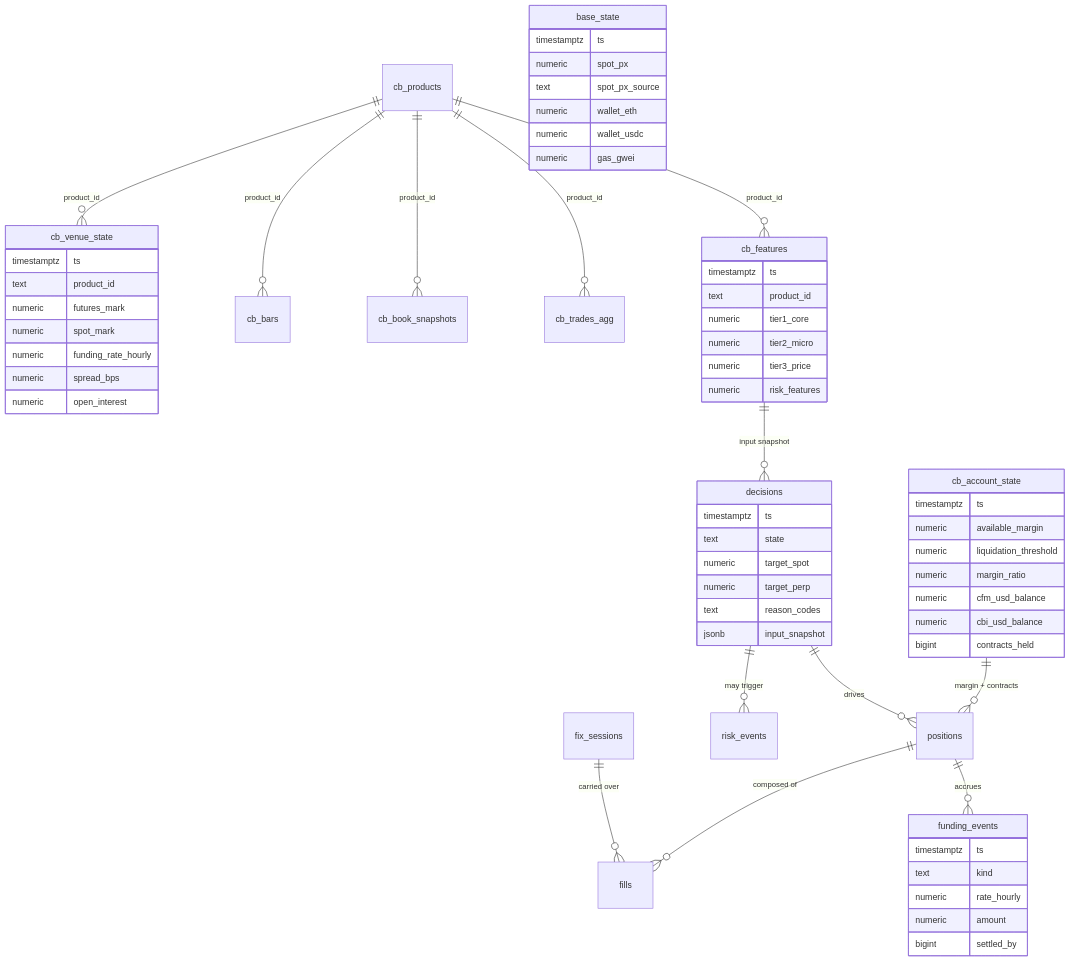
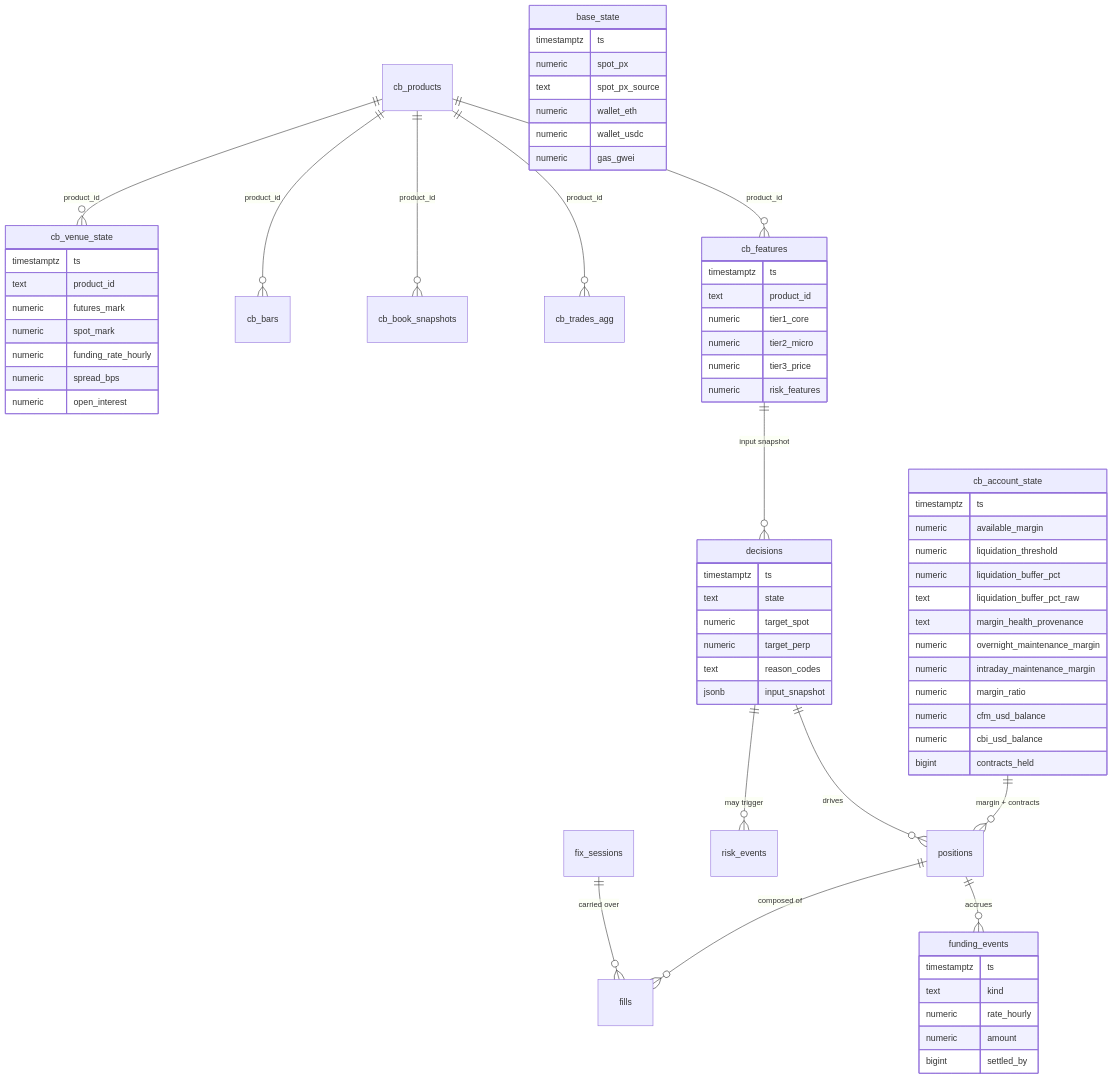
Before and after one commit to Jason-Dorman/funding-carry: the ninth of 10 diagrams in docs/architecture.md, drawn with Mermaid. The commit also changed other lines of this file and 43 other files, not shown here.

````diff
--- a/docs/architecture.md
+++ b/docs/architecture.md
@@ -341,65 +341,70 @@
 ```mermaid
 erDiagram
     cb_products ||--o{ cb_venue_state : product_id
     cb_products ||--o{ cb_bars : product_id
     cb_products ||--o{ cb_book_snapshots : product_id
     cb_products ||--o{ cb_trades_agg : product_id
     cb_products ||--o{ cb_features : product_id
     cb_features ||--o{ decisions : "input snapshot"
     cb_account_state ||--o{ positions : "margin + contracts"
     decisions ||--o{ positions : "drives"
     positions ||--o{ fills : "composed of"
     positions ||--o{ funding_events : "accrues"
     decisions ||--o{ risk_events : "may trigger"
     fix_sessions ||--o{ fills : "carried over"
 
     cb_venue_state {
         timestamptz ts
         text product_id
         numeric futures_mark
         numeric spot_mark
         numeric funding_rate_hourly
         numeric spread_bps
         numeric open_interest
     }
     cb_features {
         timestamptz ts
         text product_id
         numeric tier1_core
         numeric tier2_micro
         numeric tier3_price
         numeric risk_features
     }
     decisions {
         timestamptz ts
         text state
         numeric target_spot
         numeric target_perp
         text reason_codes
         jsonb input_snapshot
     }
     base_state {
         timestamptz ts
         numeric spot_px
         text spot_px_source
         numeric wallet_eth
         numeric wallet_usdc
         numeric gas_gwei
     }
     cb_account_state {
         timestamptz ts
         numeric available_margin
         numeric liquidation_threshold
+        numeric liquidation_buffer_pct
+        text liquidation_buffer_pct_raw
+        text margin_health_provenance
+        numeric overnight_maintenance_margin
+        numeric intraday_maintenance_margin
         numeric margin_ratio
         numeric cfm_usd_balance
         numeric cbi_usd_balance
         bigint contracts_held
     }
     funding_events {
         timestamptz ts
         text kind
         numeric rate_hourly
         numeric amount
         bigint settled_by
     }
 ```
````
